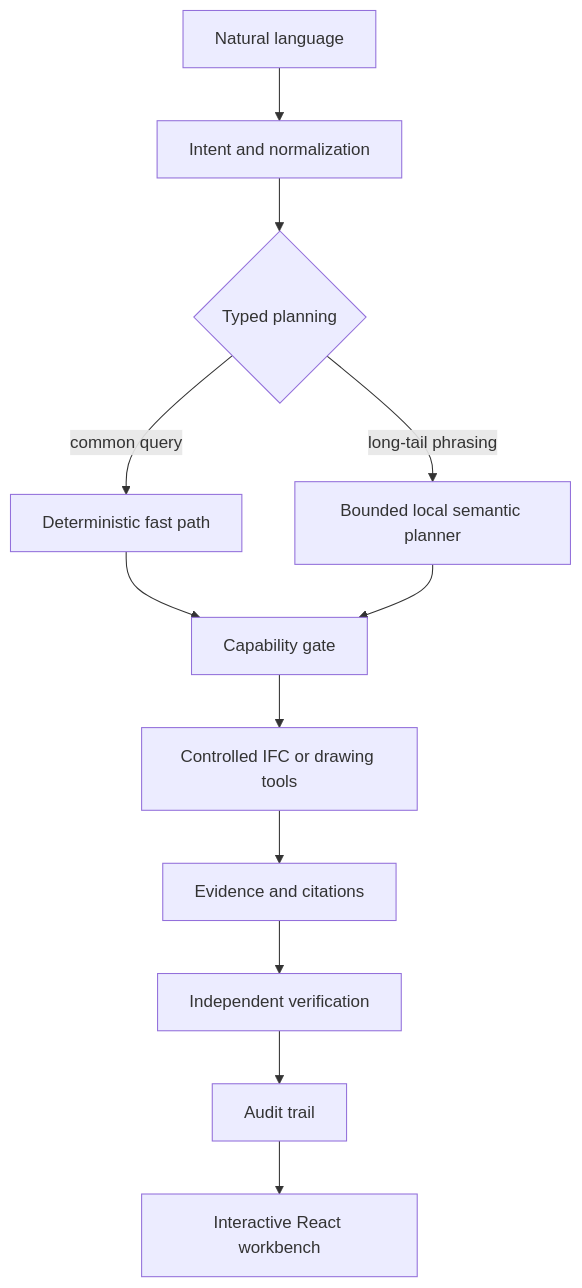
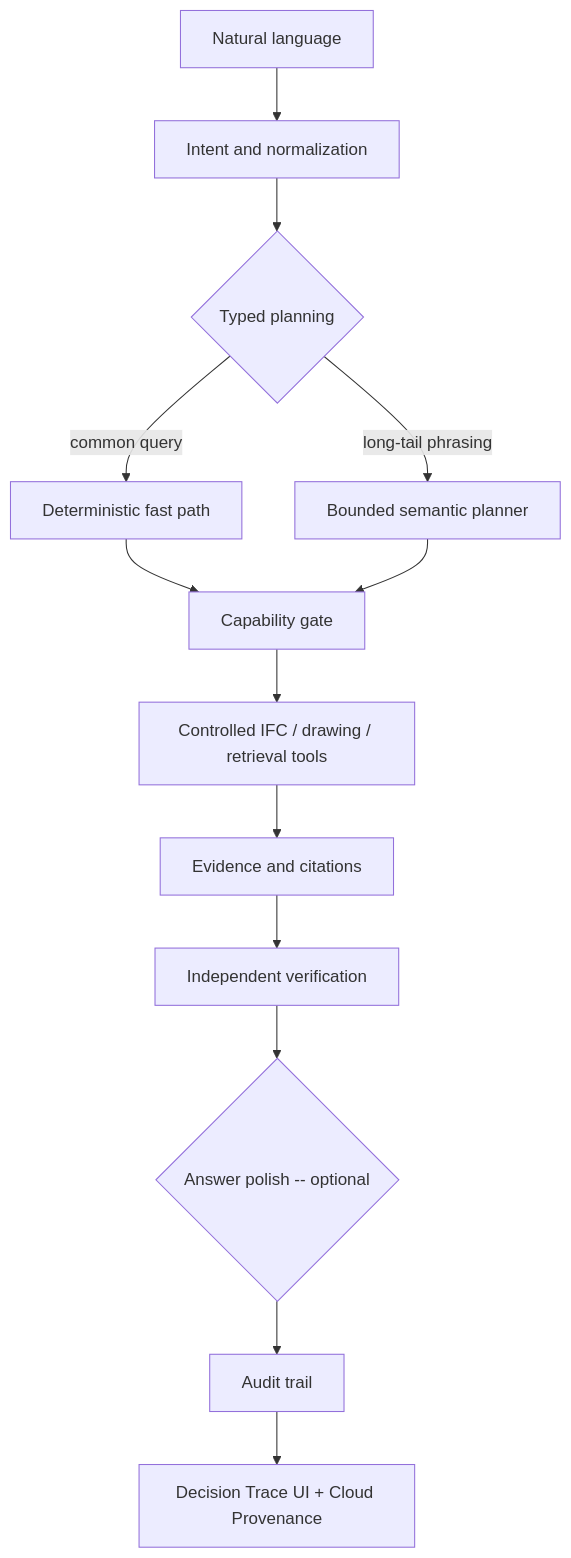
One commit to tosspro23-cell/armie-construction-intelligence-workbench changed the diagram in README.md. Above: the diagram before and after it, drawn with Mermaid. The commit also changed other lines of this file and 3 other files, not shown here.

````diff
--- a/README.md
+++ b/README.md
@@ -17,14 +114,15 @@
 ```mermaid
 flowchart TD
   A[Natural language] --> B[Intent and normalization]
   B --> C{Typed planning}
   C -->|common query| D[Deterministic fast path]
-  C -->|long-tail phrasing| E[Bounded local semantic planner]
+  C -->|long-tail phrasing| E[Bounded semantic planner]
   D --> F[Capability gate]
   E --> F
-  F --> G[Controlled IFC or drawing tools]
+  F --> G[Controlled IFC / drawing / retrieval tools]
   G --> H[Evidence and citations]
   H --> I[Independent verification]
-  I --> J[Audit trail]
-  J --> K[Interactive React workbench]
+  I --> Z{Answer polish -- optional}
+  Z --> J[Audit trail]
+  J --> K[Decision Trace UI + Cloud Provenance]
 ```
````
